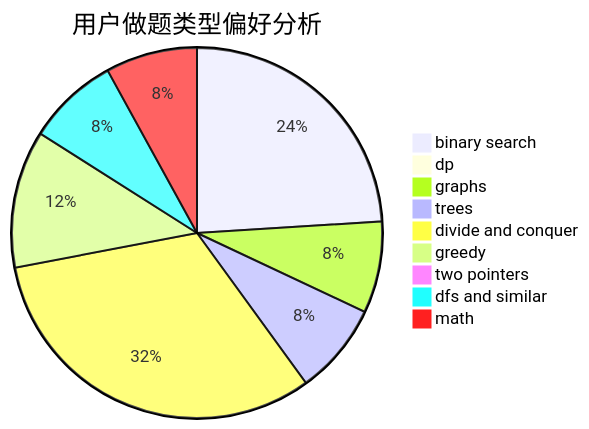
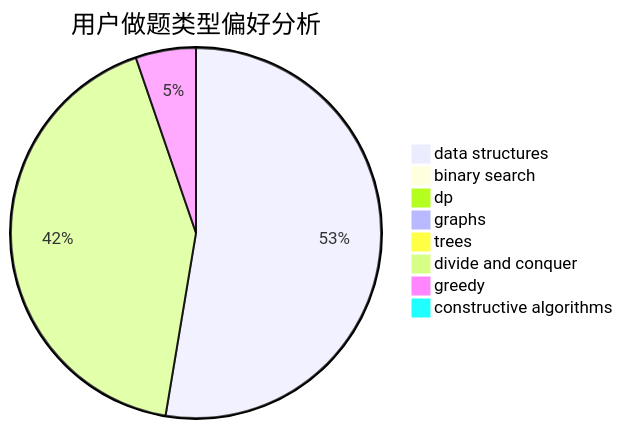
Before and after one commit to sherpahu/cfrs.github.io: the second of 3 diagrams in docs/user/u599.md, drawn with Mermaid. The commit also changed other lines of this file and 2775 other files, not shown here.

````diff
--- a/docs/user/u599.md
+++ b/docs/user/u599.md
@@ -23,12 +23,11 @@
 ```mermaid
 pie title 用户做题类型偏好分析
-    "binary search" :  6
+    "data structures" :  10
+    "binary search" :  0
     "dp" :  0
-    "graphs" :  2
-    "trees" :  2
+    "graphs" :  0
+    "trees" :  0
     "divide and conquer" :  8
-    "greedy" :  3
-    "two pointers" :  0
-    "dfs and similar" :  2
-    "math" :  2
+    "greedy" :  1
+    "constructive algorithms" :  0
 ```
````
